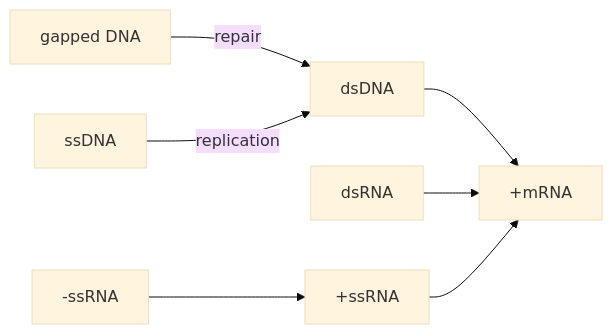
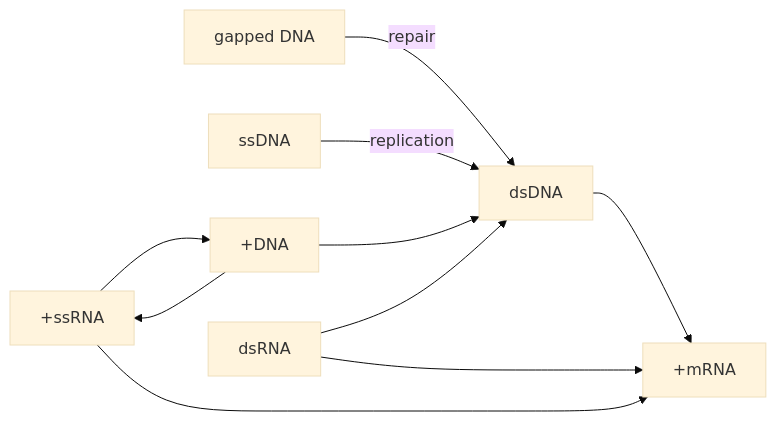
The diagram in 兽医病毒学/总论.md (Raymon-Lyu/Veterinary-Medicine), drawn with Mermaid (base theme) before and after one commit. The commit also changed 2 other files, not shown here.

Commit message:
vault backup: 2025-11-11 20:30:20

````diff
--- a/兽医病毒学/总论.md
+++ b/兽医病毒学/总论.md
@@ -64,9 +64,12 @@
 ```mermaid
 graph LR
 	A[dsDNA]-->B[+mRNA]
 	C[gapped DNA]--repair-->A
 	D[ssDNA]--replication-->A
 	E[dsRNA]-->B
 	F[+ssRNA]-->B
 	G[-ssRNA]-->F
+	F-->G[+DNA]
+	G-->A
+	E-->A
 ```
````
